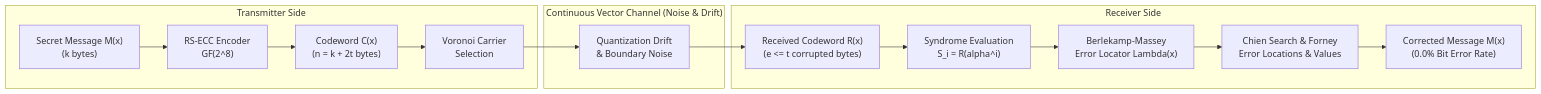
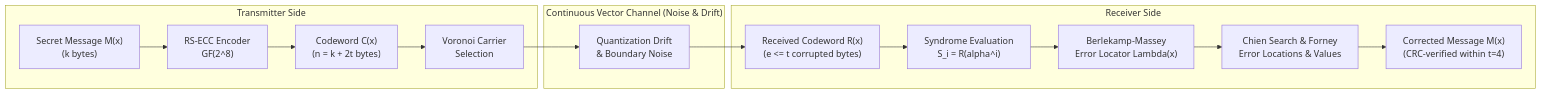
The diagram in docs/modules/01_REED_SOLOMON_ECC_MODULE.md (jeevan4476/DCASS), drawn with Mermaid before and after one commit. The commit also changed other lines of this file and 271 other files, not shown here.

````diff
--- a/docs/modules/01_REED_SOLOMON_ECC_MODULE.md
+++ b/docs/modules/01_REED_SOLOMON_ECC_MODULE.md
@@ -10,20 +11,20 @@
 ```mermaid
 flowchart LR
     subgraph Transmitter["Transmitter Side"]
         MSG["Secret Message M(x)\n(k bytes)"] --> RSE["RS-ECC Encoder\nGF(2^8)"]
         RSE --> CW["Codeword C(x)\n(n = k + 2t bytes)"]
         CW --> VCP["Voronoi Carrier\nSelection"]
     end
 
     subgraph Channel["Continuous Vector Channel (Noise & Drift)"]
         VCP --> DRIFT["Quantization Drift\n& Boundary Noise"]
     end
 
     subgraph Receiver["Receiver Side"]
         DRIFT --> RCV["Received Codeword R(x)\n(e <= t corrupted bytes)"]
         RCV --> SYN["Syndrome Evaluation\nS_i = R(alpha^i)"]
         SYN --> BM["Berlekamp-Massey\nError Locator Lambda(x)"]
         BM --> CHIEN["Chien Search & Forney\nError Locations & Values"]
-        CHIEN --> DEC["Corrected Message M(x)\n(0.0% Bit Error Rate)"]
+        CHIEN --> DEC["Corrected Message M(x)\n(CRC-verified within t=4)"]
     end
 ```
````
